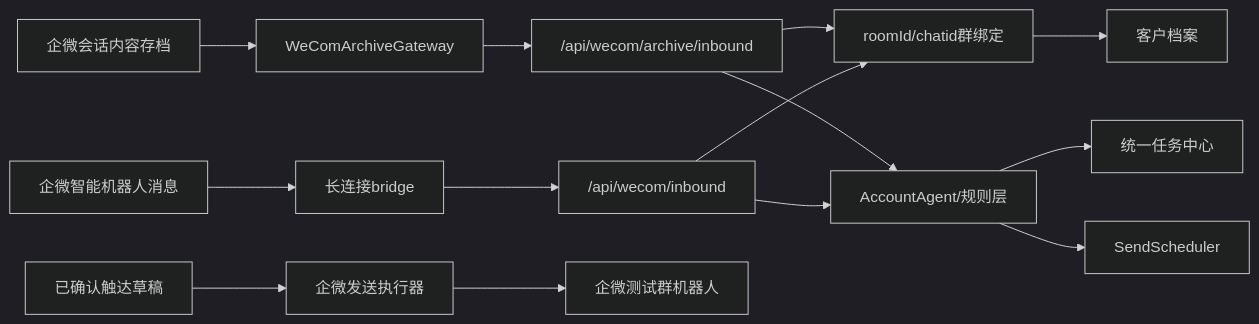
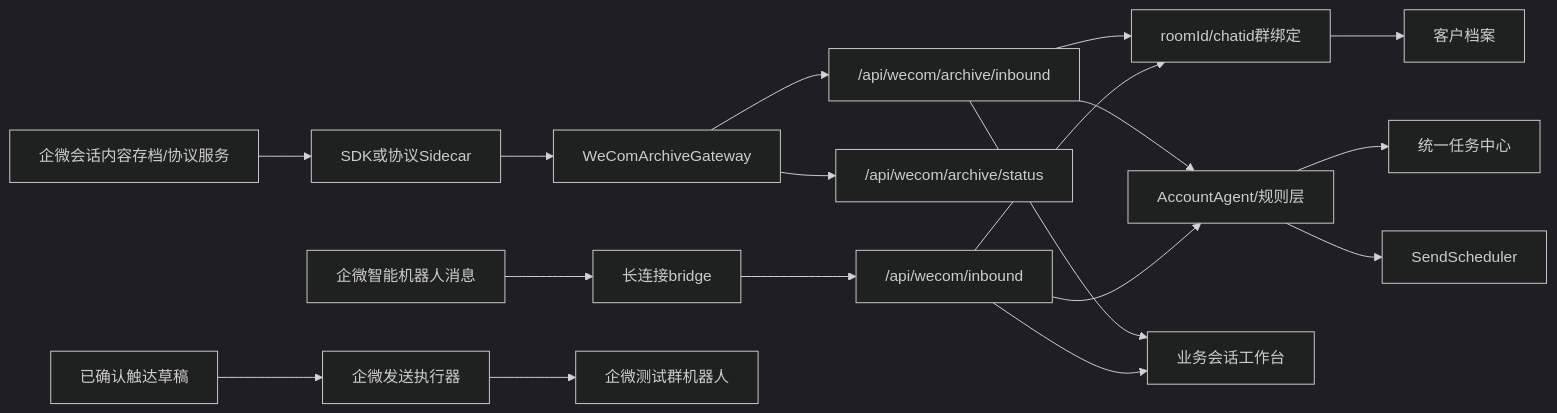
The second of 3 diagrams in docs/ARCHITECTURE.md (JUJUJUN313/customer-ops-agent-console), drawn with Mermaid (dark theme) before and after one commit. The commit also changed other lines of this file and 19 other files, not shown here.

````diff
--- a/docs/ARCHITECTURE.md
+++ b/docs/ARCHITECTURE.md
@@ -147,16 +162,20 @@
 ```mermaid
 flowchart LR
-  Archive["企微会话内容存档"] --> Gateway["WeComArchiveGateway"]
+  Archive["企微会话内容存档/协议服务"] --> Sidecar["SDK或协议Sidecar"]
+  Sidecar --> Gateway["WeComArchiveGateway"]
   Gateway --> Inbound["/api/wecom/archive/inbound"]
+  Gateway --> Status["/api/wecom/archive/status"]
   WeCom["企微智能机器人消息"] --> Bridge["长连接bridge"]
   Bridge --> API["/api/wecom/inbound"]
   Inbound --> Binding["roomId/chatid群绑定"]
   API --> Binding
   Binding --> Profile["客户档案"]
   Inbound --> Agents["AccountAgent/规则层"]
   API --> Agents
   Agents --> Tasks["统一任务中心"]
   Agents --> Queue["SendScheduler"]
+  Inbound --> Chat["业务会话工作台"]
+  API --> Chat
   Drafts["已确认触达草稿"] --> Sender["企微发送执行器"]
   Sender --> Robot["企微测试群机器人"]
 ```
````
